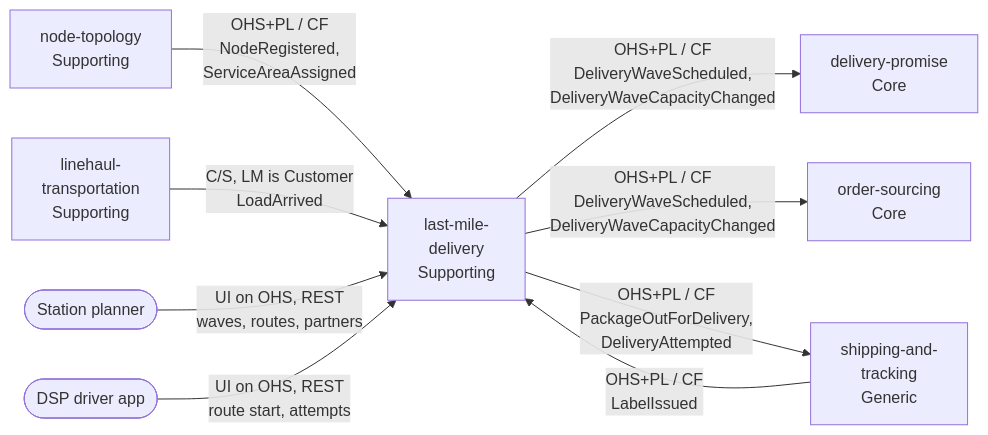
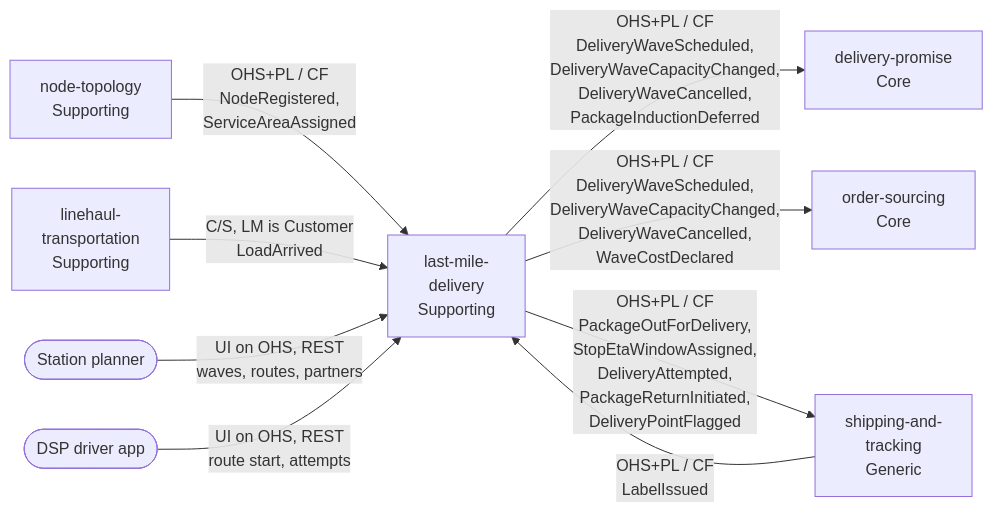
Before and after one commit to IQVO/last-mile-delivery: the diagram in docs/docs/ddd/context-map.md, drawn with Mermaid. The commit also changed other lines of this file and 12 other files, not shown here.

````diff
--- a/docs/docs/ddd/context-map.md
+++ b/docs/docs/ddd/context-map.md
@@ -12,20 +12,20 @@
 ```mermaid
 flowchart LR
     NT["node-topology<br/>Supporting"]
     LH["linehaul-<br/>transportation<br/>Supporting"]
     LM["last-mile-<br/>delivery<br/>Supporting"]
     DP["delivery-promise<br/>Core"]
     OS["order-sourcing<br/>Core"]
     ST["shipping-and-<br/>tracking<br/>Generic"]
     SP(["Station planner"])
     DSP(["DSP driver app"])
 
     NT -->|"OHS+PL / CF<br/>NodeRegistered,<br/>ServiceAreaAssigned"| LM
     LH -->|"C/S, LM is Customer<br/>LoadArrived"| LM
     ST -->|"OHS+PL / CF<br/>LabelIssued"| LM
-    LM -->|"OHS+PL / CF<br/>DeliveryWaveScheduled,<br/>DeliveryWaveCapacityChanged"| DP
-    LM -->|"OHS+PL / CF<br/>DeliveryWaveScheduled,<br/>DeliveryWaveCapacityChanged"| OS
-    LM -->|"OHS+PL / CF<br/>PackageOutForDelivery,<br/>DeliveryAttempted"| ST
+    LM -->|"OHS+PL / CF<br/>DeliveryWaveScheduled,<br/>DeliveryWaveCapacityChanged,<br/>DeliveryWaveCancelled,<br/>PackageInductionDeferred"| DP
+    LM -->|"OHS+PL / CF<br/>DeliveryWaveScheduled,<br/>DeliveryWaveCapacityChanged,<br/>DeliveryWaveCancelled,<br/>WaveCostDeclared"| OS
+    LM -->|"OHS+PL / CF<br/>PackageOutForDelivery,<br/>StopEtaWindowAssigned,<br/>DeliveryAttempted,<br/>PackageReturnInitiated,<br/>DeliveryPointFlagged"| ST
     SP -->|"UI on OHS, REST<br/>waves, routes, partners"| LM
     DSP -->|"UI on OHS, REST<br/>route start, attempts"| LM
 ```
````
